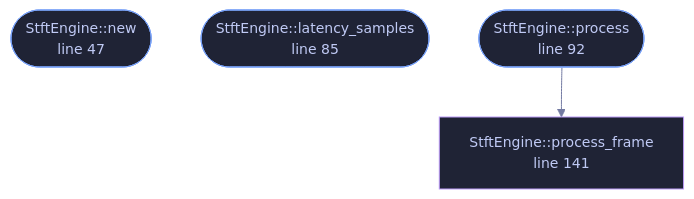
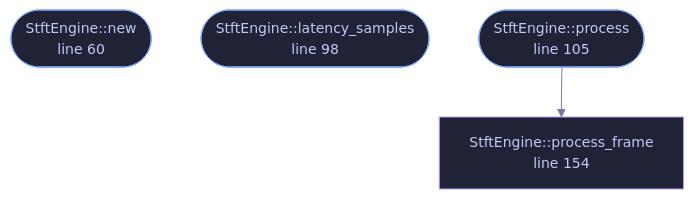
The diagram in docs/files/veilvoice-core/stft.md (tilas01/veilvoice), drawn with Mermaid before and after one commit. The commit also changed other lines of this file and 487 other files, not shown here.

````diff
--- a/docs/files/veilvoice-core/stft.md
+++ b/docs/files/veilvoice-core/stft.md
@@ -69,17 +83,17 @@
 ```mermaid
 %%{init: {"theme":"base","themeVariables":{"background":"#1a1b26","primaryColor":"#1f2335","primaryTextColor":"#c0caf5","primaryBorderColor":"#7aa2f7","secondaryColor":"#16161e","tertiaryColor":"#16161e","lineColor":"#737aa2","textColor":"#c0caf5","mainBkg":"#1f2335","nodeBorder":"#7aa2f7","clusterBkg":"#16161e","clusterBorder":"#2f3549","fontFamily":"ui-monospace, SFMono-Regular, Consolas, monospace","fontSize":"14px"}}}%%
 flowchart TD
-    n_new(["StftEngine::new<br/>line 47"])
-    n_latency_samples(["StftEngine::latency_samples<br/>line 85"])
-    n_process(["StftEngine::process<br/>line 92"])
-    n_process_frame["StftEngine::process_frame<br/>line 141"]
+    n_new(["StftEngine::new<br/>line 60"])
+    n_latency_samples(["StftEngine::latency_samples<br/>line 98"])
+    n_process(["StftEngine::process<br/>line 105"])
+    n_process_frame["StftEngine::process_frame<br/>line 154"]
     n_process --> n_process_frame
-    click n_new href "https://github.com/tilas01/veilvoice/blob/main/crates/veilvoice-core/src/stft.rs#L47" "open the source"
-    click n_latency_samples href "https://github.com/tilas01/veilvoice/blob/main/crates/veilvoice-core/src/stft.rs#L85" "open the source"
-    click n_process href "https://github.com/tilas01/veilvoice/blob/main/crates/veilvoice-core/src/stft.rs#L92" "open the source"
-    click n_process_frame href "https://github.com/tilas01/veilvoice/blob/main/crates/veilvoice-core/src/stft.rs#L141" "open the source"
+    click n_new href "https://github.com/tilas01/veilvoice/blob/main/crates/veilvoice-core/src/stft.rs#L60" "open the source"
+    click n_latency_samples href "https://github.com/tilas01/veilvoice/blob/main/crates/veilvoice-core/src/stft.rs#L98" "open the source"
+    click n_process href "https://github.com/tilas01/veilvoice/blob/main/crates/veilvoice-core/src/stft.rs#L105" "open the source"
+    click n_process_frame href "https://github.com/tilas01/veilvoice/blob/main/crates/veilvoice-core/src/stft.rs#L154" "open the source"
     classDef entry fill:#1f2335,stroke:#7aa2f7,color:#c0caf5
     class n_new,n_latency_samples,n_process entry
     classDef helper fill:#1f2335,stroke:#bb9af7,color:#c0caf5
     class n_process_frame helper
 ```
````
